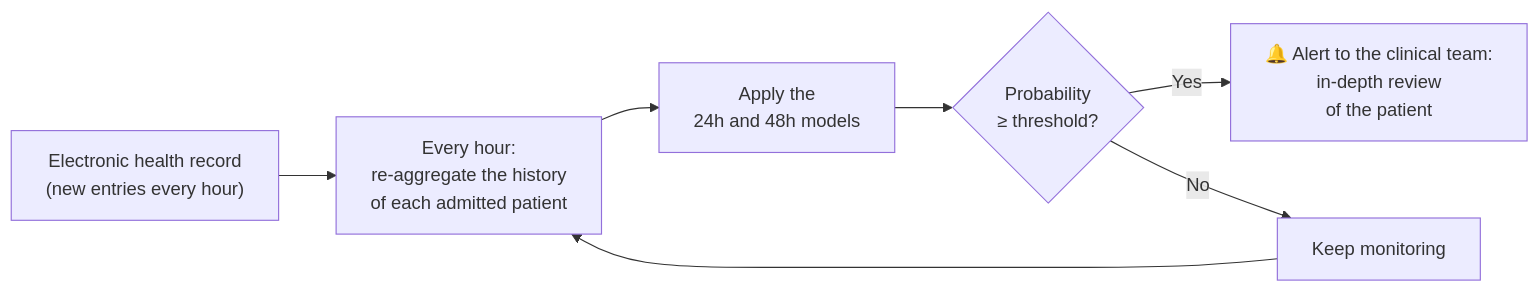
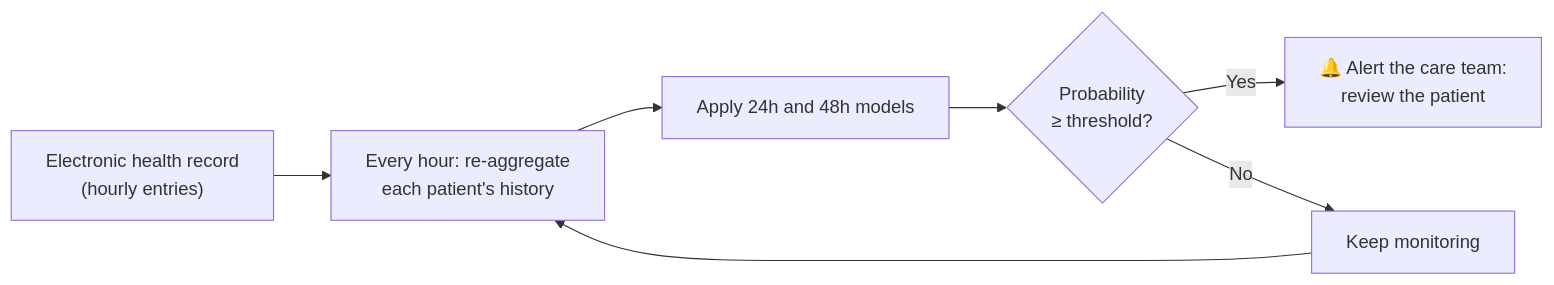
Before and after one commit to JuscelinoCarvalho/DataScienceMBA: the second of 2 diagrams in README.en.md, drawn with Mermaid. The commit also changed other lines of this file and 15 other files, not shown here.

````diff
--- a/README.en.md
+++ b/README.en.md
@@ -127,9 +197,9 @@
 ```mermaid
 flowchart LR
-    A["Electronic health record<br/>(new entries every hour)"] --> B["Every hour:<br/>re-aggregate the history<br/>of each admitted patient"]
-    B --> C["Apply the<br/>24h and 48h models"]
+    A["Electronic health record<br/>(hourly entries)"] --> B["Every hour: re-aggregate<br/>each patient's history"]
+    B --> C["Apply 24h and 48h models"]
     C --> D{"Probability<br/>≥ threshold?"}
-    D -->|Yes| E["🔔 Alert to the clinical team:<br/>in-depth review<br/>of the patient"]
+    D -->|Yes| E["🔔 Alert the care team:<br/>review the patient"]
     D -->|No| F["Keep monitoring"]
     F --> B
 ```
````
